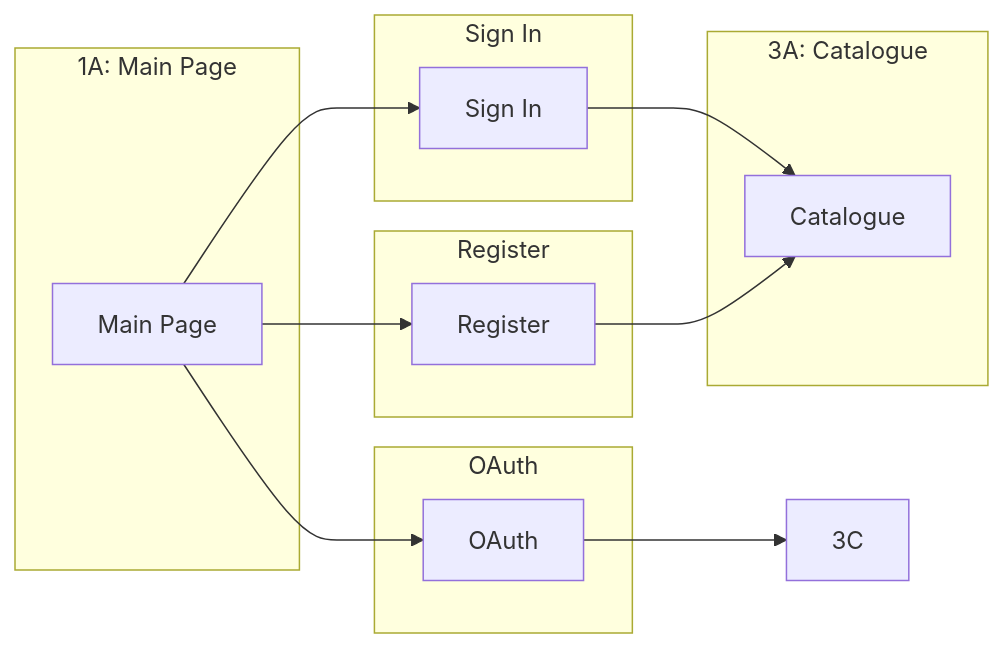
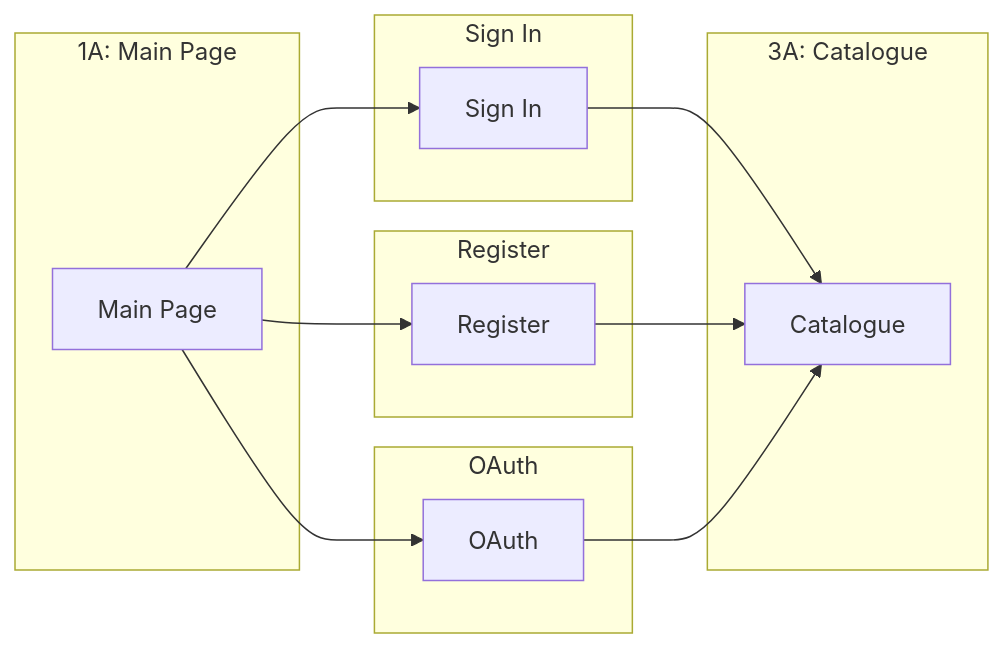
Before and after one commit to siddh-kivtechs/kivtechs_schema: the diagram in readme.md, drawn with Mermaid.

````diff
--- a/readme.md
+++ b/readme.md
@@ -4,27 +4,27 @@
 ```mermaid
 graph LR
  subgraph 1A: Main Page
         1A["Main Page"]
     end
     subgraph Sign In
         2A[Sign In]
     end
     subgraph Register
         2B[Register]
     end
     subgraph OAuth
         2C[OAuth]
     end
   subgraph 3A: Catalogue
         3A["Catalogue"]
     end
 
     1A --> 2A
     1A --> 2B
     1A --> 2C
     2A --> 3A
     2B --> 3A
-    2C --> 3C
+    2C --> 3A
    
 
 ```
````
